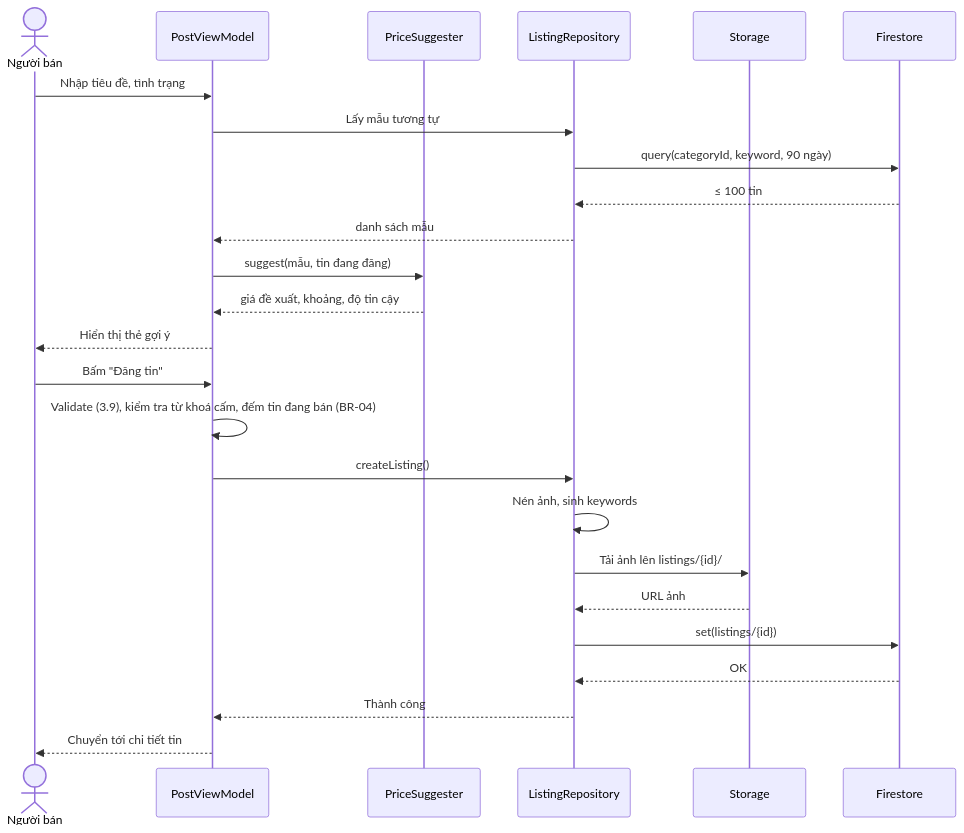
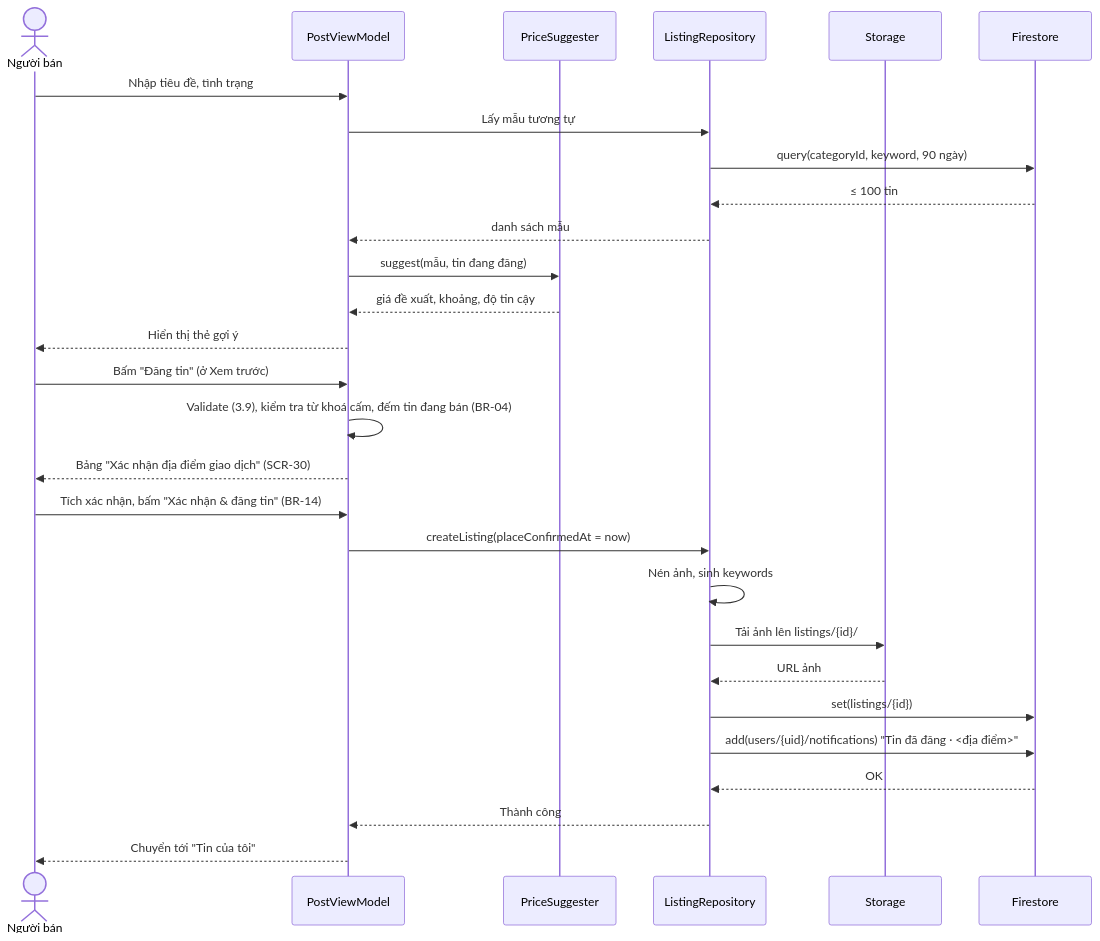
Before and after one commit to Vanh2003-FL/API: the third of 4 diagrams in docs/04-thiet-ke-he-thong.md, drawn with Mermaid. The commit also changed other lines of this file and 8 other files, not shown here.

````diff
--- a/docs/04-thiet-ke-he-thong.md
+++ b/docs/04-thiet-ke-he-thong.md
@@ -383,27 +427,30 @@
 ```mermaid
 sequenceDiagram
     actor U as Người bán
     participant VM as PostViewModel
     participant PS as PriceSuggester
     participant R as ListingRepository
     participant ST as Storage
     participant FS as Firestore
     U->>VM: Nhập tiêu đề, tình trạng
     VM->>R: Lấy mẫu tương tự
     R->>FS: query(categoryId, keyword, 90 ngày)
     FS-->>R: ≤ 100 tin
     R-->>VM: danh sách mẫu
     VM->>PS: suggest(mẫu, tin đang đăng)
     PS-->>VM: giá đề xuất, khoảng, độ tin cậy
     VM-->>U: Hiển thị thẻ gợi ý
-    U->>VM: Bấm "Đăng tin"
+    U->>VM: Bấm "Đăng tin" (ở Xem trước)
     VM->>VM: Validate (3.9), kiểm tra từ khoá cấm, đếm tin đang bán (BR-04)
-    VM->>R: createListing()
+    VM-->>U: Bảng "Xác nhận địa điểm giao dịch" (SCR-30)
+    U->>VM: Tích xác nhận, bấm "Xác nhận & đăng tin" (BR-14)
+    VM->>R: createListing(placeConfirmedAt = now)
     R->>R: Nén ảnh, sinh keywords
     R->>ST: Tải ảnh lên listings/{id}/
     ST-->>R: URL ảnh
     R->>FS: set(listings/{id})
+    R->>FS: add(users/{uid}/notifications) "Tin đã đăng · <địa điểm>"
     FS-->>R: OK
     R-->>VM: Thành công
-    VM-->>U: Chuyển tới chi tiết tin
+    VM-->>U: Chuyển tới "Tin của tôi"
 ```
````
